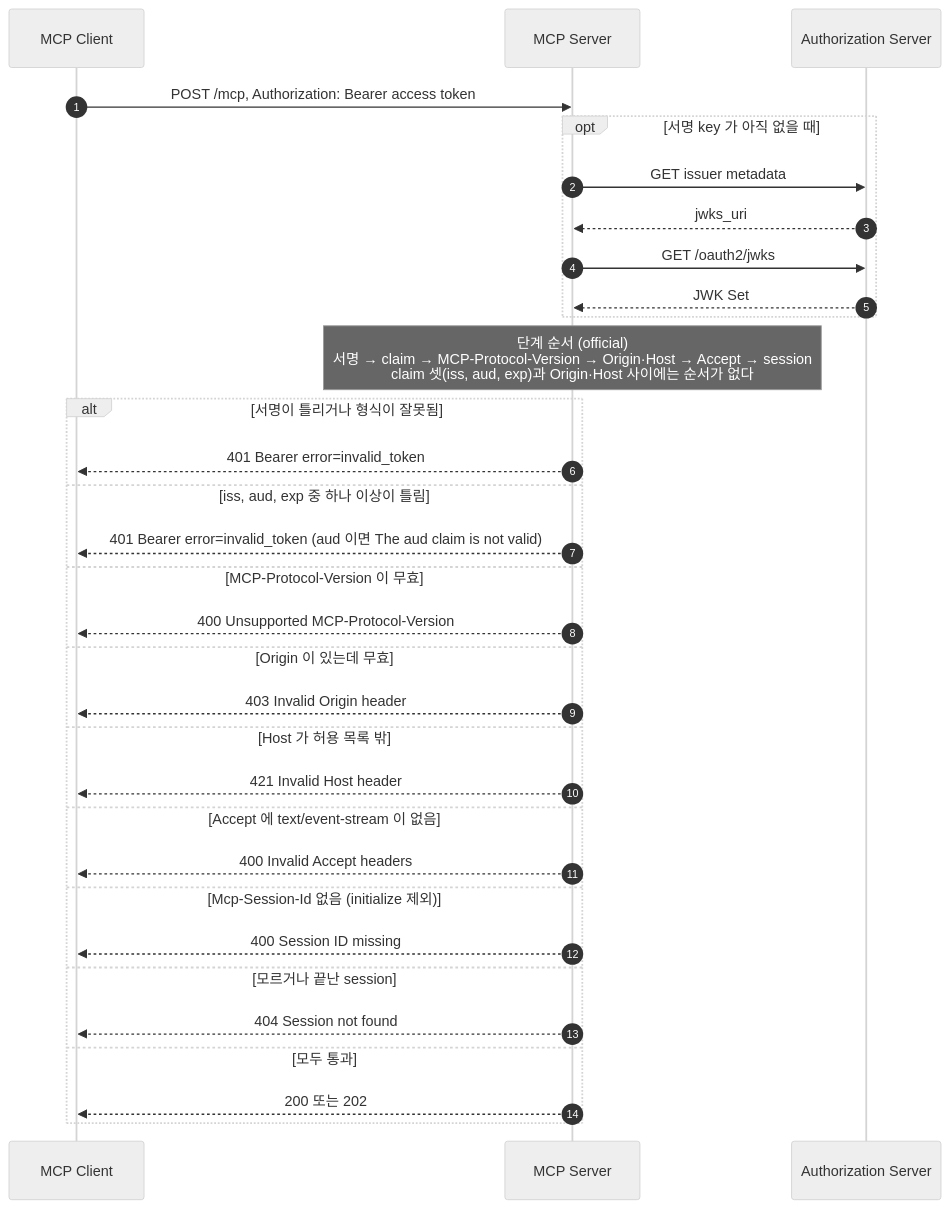
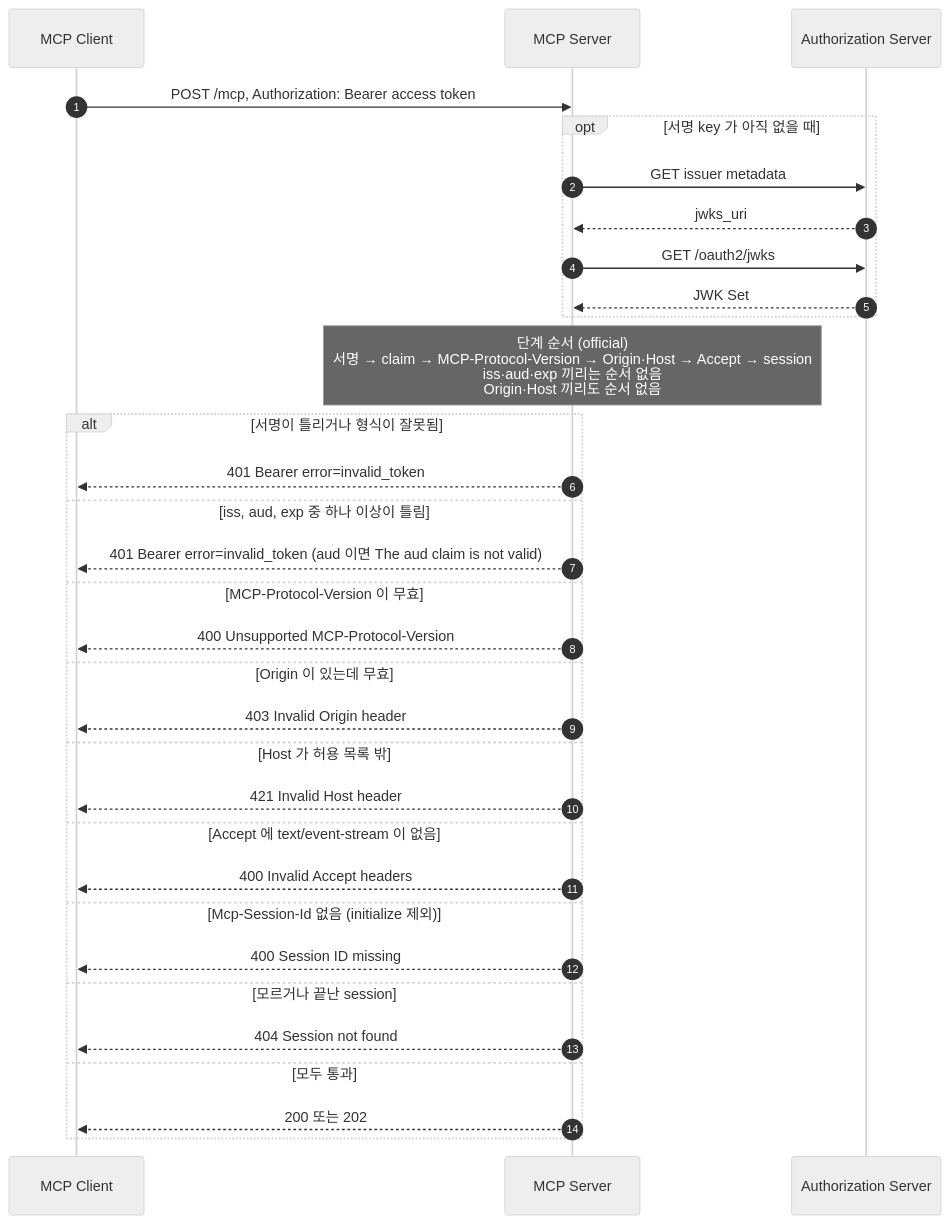
One commit to starryeye/spring-ai changed diagram 11 of 13 in practice/MCP-SEQUENCES.md. Above: the diagram before and after it, drawn with Mermaid (neutral theme). The commit also changed other lines of this file, not shown here.

Commit message:
docs: MCP 시퀀스 — 검증 순서 Note 와 GET 근거 분리

````diff
--- a/practice/MCP-SEQUENCES.md
+++ b/practice/MCP-SEQUENCES.md
@@ -449,34 +449,34 @@
 ```mermaid
 sequenceDiagram
     autonumber
     participant C as MCP Client
     participant M as MCP Server
     participant A as Authorization Server
     C->>M: POST /mcp, Authorization: Bearer access token
     opt 서명 key 가 아직 없을 때
         M->>A: GET issuer metadata
         A-->>M: jwks_uri
         M->>A: GET /oauth2/jwks
         A-->>M: JWK Set
     end
-    Note over M: 단계 순서 (official)<br/>서명 → claim → MCP-Protocol-Version → Origin·Host → Accept → session<br/>claim 셋(iss, aud, exp)과 Origin·Host 사이에는 순서가 없다
+    Note over M: 단계 순서 (official)<br/>서명 → claim → MCP-Protocol-Version → Origin·Host → Accept → session<br/>iss·aud·exp 끼리는 순서 없음<br/>Origin·Host 끼리도 순서 없음
     alt 서명이 틀리거나 형식이 잘못됨
         M-->>C: 401 Bearer error=invalid_token
     else iss, aud, exp 중 하나 이상이 틀림
         M-->>C: 401 Bearer error=invalid_token (aud 이면 The aud claim is not valid)
     else MCP-Protocol-Version 이 무효
         M-->>C: 400 Unsupported MCP-Protocol-Version
     else Origin 이 있는데 무효
         M-->>C: 403 Invalid Origin header
     else Host 가 허용 목록 밖
         M-->>C: 421 Invalid Host header
     else Accept 에 text/event-stream 이 없음
         M-->>C: 400 Invalid Accept headers
     else Mcp-Session-Id 없음 (initialize 제외)
         M-->>C: 400 Session ID missing
     else 모르거나 끝난 session
         M-->>C: 404 Session not found
     else 모두 통과
         M-->>C: 200 또는 202
     end
 ```
````
